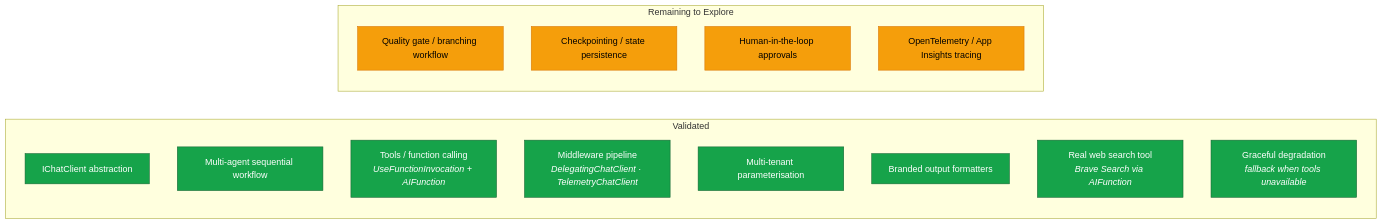
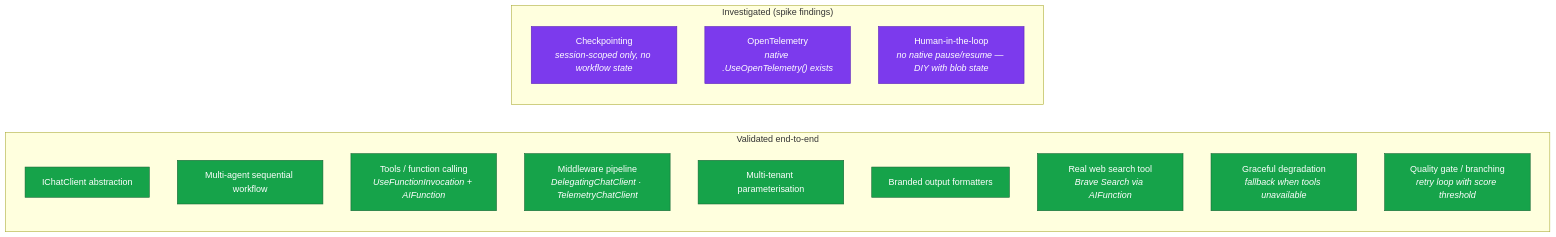
Before and after one commit to mondweep/vibe-cast: the second of 2 diagrams in README.md, drawn with Mermaid. The commit also changed other lines of this file, not shown here.

````diff
--- a/README.md
+++ b/README.md
@@ -75,26 +75,26 @@
 ```mermaid
 graph LR
-    subgraph "Validated"
+    subgraph "Validated end-to-end"
         A1["IChatClient abstraction"]
         A2["Multi-agent sequential workflow"]
         A3["Tools / function calling<br/><i>UseFunctionInvocation + AIFunction</i>"]
         A4["Middleware pipeline<br/><i>DelegatingChatClient · TelemetryChatClient</i>"]
         A5["Multi-tenant parameterisation"]
         A6["Branded output formatters"]
         A7["Real web search tool<br/><i>Brave Search via AIFunction</i>"]
         A8["Graceful degradation<br/><i>fallback when tools unavailable</i>"]
+        A9["Quality gate / branching<br/><i>retry loop with score threshold</i>"]
     end
 
-    subgraph "Remaining to Explore"
-        B1["Quality gate / branching workflow"]
-        B2["Checkpointing / state persistence"]
-        B3["Human-in-the-loop approvals"]
-        B4["OpenTelemetry / App Insights tracing"]
+    subgraph "Investigated (spike findings)"
+        C1["Checkpointing<br/><i>session-scoped only, no workflow state</i>"]
+        C2["OpenTelemetry<br/><i>native .UseOpenTelemetry() exists</i>"]
+        C3["Human-in-the-loop<br/><i>no native pause/resume — DIY with blob state</i>"]
     end
 
     classDef done fill:#16a34a,stroke:#166534,color:#fff
-    classDef todo fill:#f59e0b,stroke:#d97706,color:#000
+    classDef spiked fill:#7c3aed,stroke:#5b21b6,color:#fff
 
-    class A1,A2,A3,A4,A5,A6,A7,A8 done
-    class B1,B2,B3,B4 todo
+    class A1,A2,A3,A4,A5,A6,A7,A8,A9 done
+    class C1,C2,C3 spiked
 ```
````
